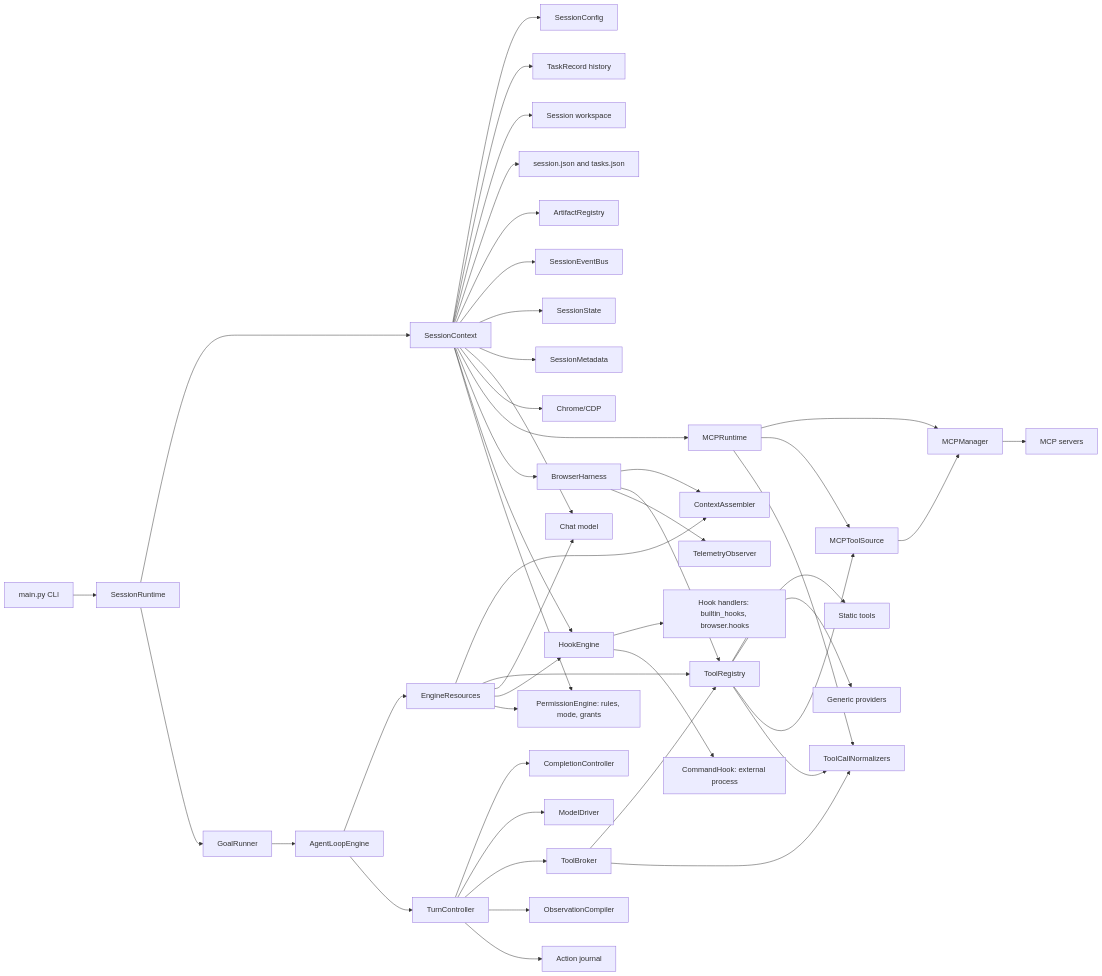
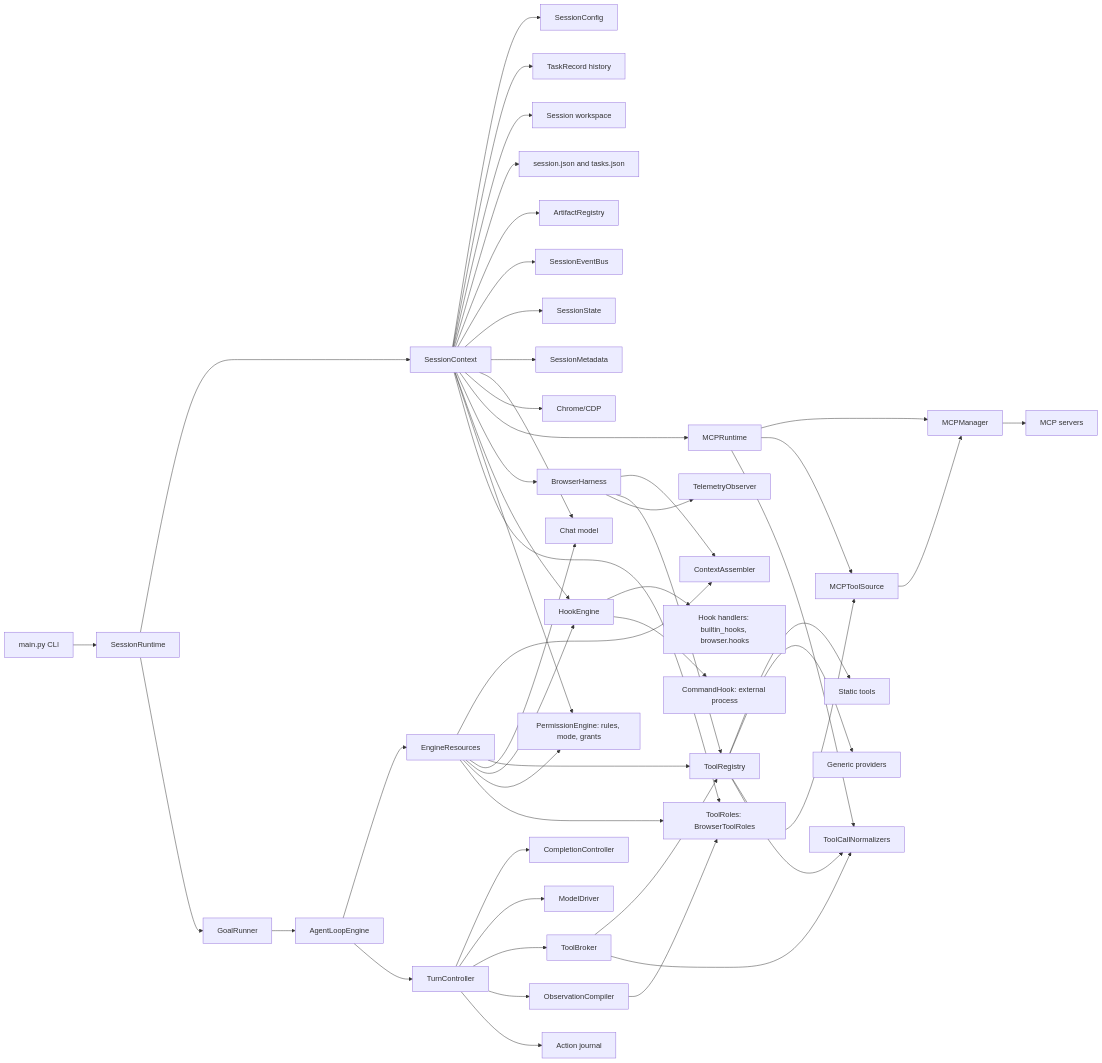
Before and after one commit to Hastur456/AutoBrowser: the diagram in docs/diagrams/harness-boundaries.md, drawn with Mermaid. The commit also changed other lines of this file and 6 other files, not shown here.

````diff
--- a/docs/diagrams/harness-boundaries.md
+++ b/docs/diagrams/harness-boundaries.md
@@ -8,49 +8,52 @@
 ```mermaid
 flowchart LR
   CLI[main.py CLI] --> Session[SessionRuntime]
   Session --> SessionCtx[SessionContext]
   SessionCtx --> Config[SessionConfig]
   SessionCtx --> Tasks[TaskRecord history]
   SessionCtx --> Workspace[Session workspace]
   SessionCtx --> SessionFiles[session.json and tasks.json]
   SessionCtx --> Artifacts[ArtifactRegistry]
   SessionCtx --> Events[SessionEventBus]
   SessionCtx --> State[SessionState]
   SessionCtx --> Metadata[SessionMetadata]
   SessionCtx --> LLM[Chat model]
   SessionCtx --> Chrome[Chrome/CDP]
   SessionCtx --> MCPRuntime[MCPRuntime]
   SessionCtx --> Harness[BrowserHarness]
   SessionCtx --> Hooks[HookEngine]
   SessionCtx --> Permissions[PermissionEngine: rules, mode, grants]
+  SessionCtx --> Roles[ToolRoles: BrowserToolRoles]
   Hooks --> HookHandlers[Hook handlers: builtin_hooks, browser.hooks]
   Hooks --> CommandHooks[CommandHook: external process]
   MCPRuntime --> Manager[MCPManager]
   MCPRuntime --> ToolSource[MCPToolSource]
   MCPRuntime --> Normalizers[ToolCallNormalizers]
   Manager --> MCP[MCP servers]
   Session --> GoalRunner[GoalRunner]
   GoalRunner --> Engine[AgentLoopEngine]
   Harness --> ContextAssembler[ContextAssembler]
   Harness --> Tools[ToolRegistry]
   Harness --> Telemetry[TelemetryObserver]
   Engine --> Resources[EngineResources]
   Resources --> ContextAssembler
   Resources --> Tools
   Resources --> LLM
   Resources --> Hooks
   Resources --> Permissions
+  Resources --> Roles
   Tools --> StaticTools[Static tools]
   Tools --> Providers[Generic providers]
   Tools --> ToolSource
   Tools --> Normalizers
   ToolSource --> Manager
   Engine --> TurnController[TurnController]
   TurnController --> Completion[CompletionController]
   TurnController --> ModelDriver[ModelDriver]
   TurnController --> ToolBroker[ToolBroker]
   TurnController --> ObsCompiler[ObservationCompiler]
+  ObsCompiler --> Roles
   ToolBroker --> Tools
   ToolBroker --> Normalizers
   TurnController --> Journal[Action journal]
 ```
````
